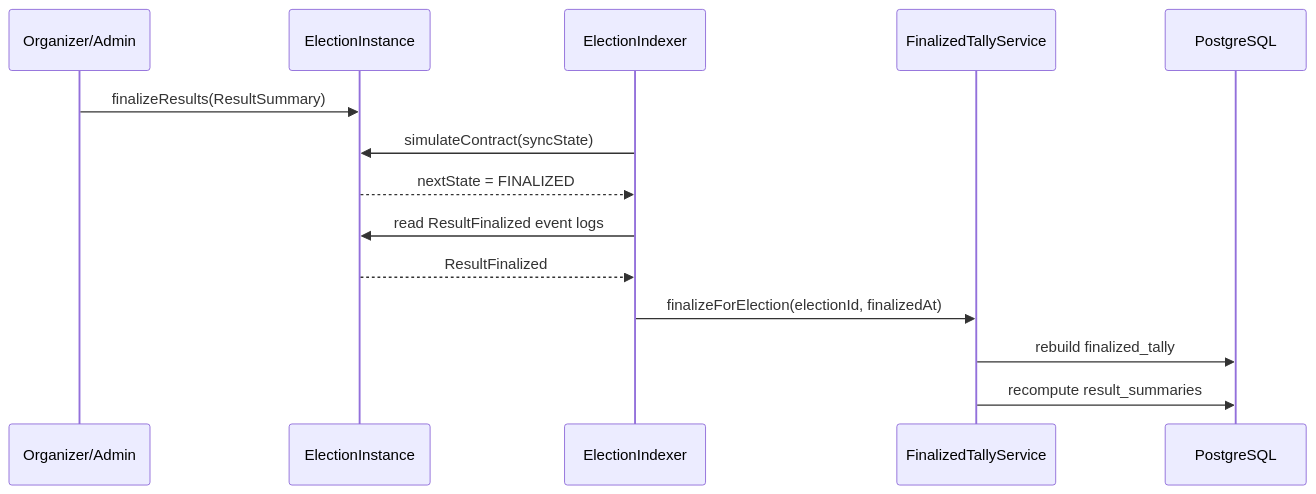
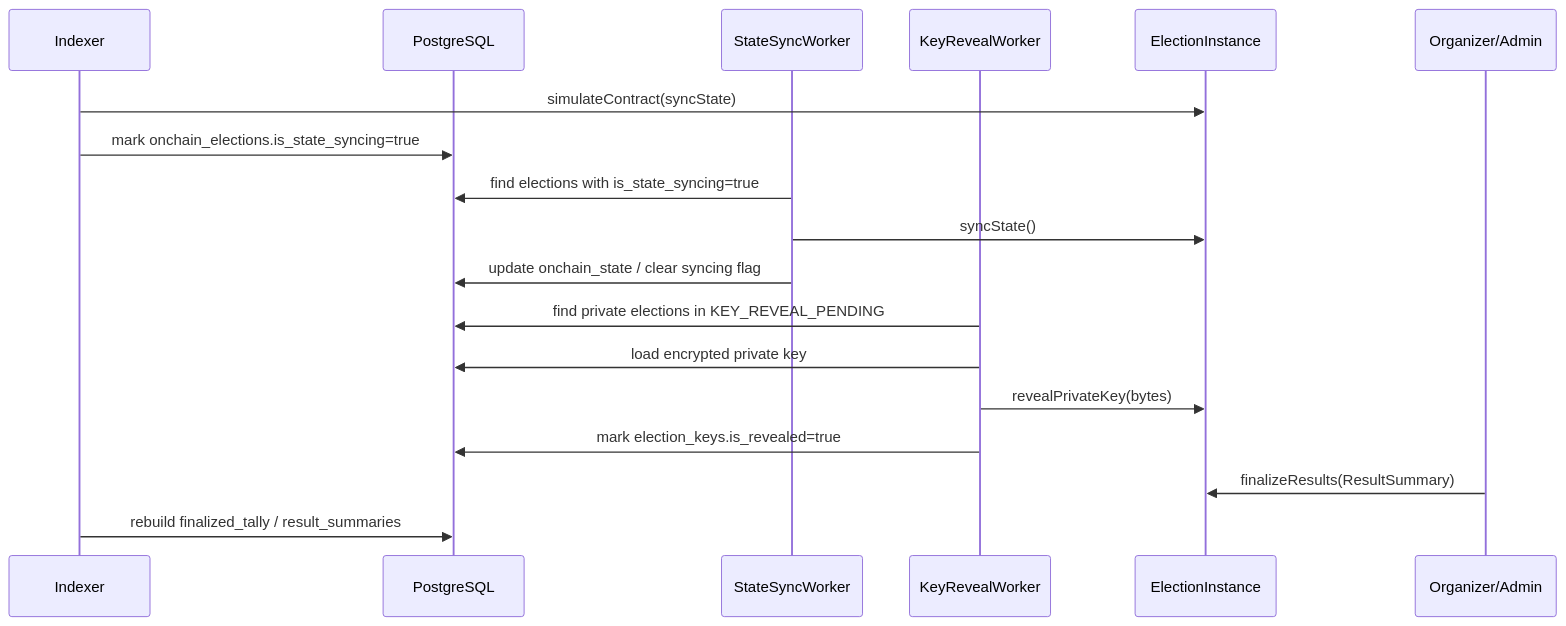
Before and after one commit to VESTAr-BAY/vestar-backend: the seventh of 7 diagrams in README.md, drawn with Mermaid. The commit also changed other lines of this file, not shown here.

Commit message:
docs: refresh backend architecture readme

````diff
--- a/README.md
+++ b/README.md
@@ -262,17 +312,24 @@
 ```mermaid
 sequenceDiagram
+  participant IDX as Indexer
+  participant DB as PostgreSQL
+  participant SS as StateSyncWorker
+  participant KR as KeyRevealWorker
+  participant EL as ElectionInstance
   participant OP as Organizer/Admin
-  participant EL as ElectionInstance
-  participant IDX as ElectionIndexer
-  participant FT as FinalizedTallyService
-  participant DB as PostgreSQL
+
+  IDX->>EL: simulateContract(syncState)
+  IDX->>DB: mark onchain_elections.is_state_syncing=true
+
+  SS->>DB: find elections with is_state_syncing=true
+  SS->>EL: syncState()
+  SS->>DB: update onchain_state / clear syncing flag
+
+  KR->>DB: find private elections in KEY_REVEAL_PENDING
+  KR->>DB: load encrypted private key
+  KR->>EL: revealPrivateKey(bytes)
+  KR->>DB: mark election_keys.is_revealed=true
 
   OP->>EL: finalizeResults(ResultSummary)
-  IDX->>EL: simulateContract(syncState)
-  EL-->>IDX: nextState = FINALIZED
-  IDX->>EL: read ResultFinalized event logs
-  EL-->>IDX: ResultFinalized
-  IDX->>FT: finalizeForElection(electionId, finalizedAt)
-  FT->>DB: rebuild finalized_tally
-  FT->>DB: recompute result_summaries
+  IDX->>DB: rebuild finalized_tally / result_summaries
 ```
````
